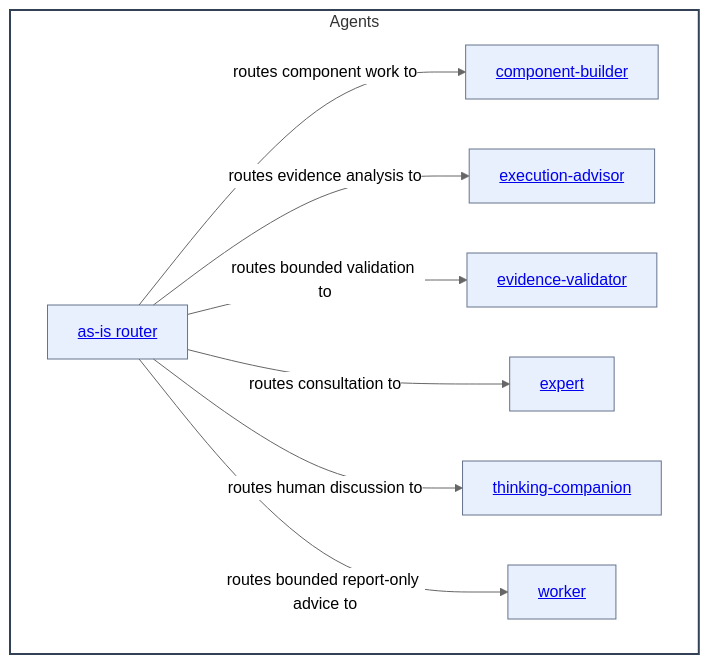
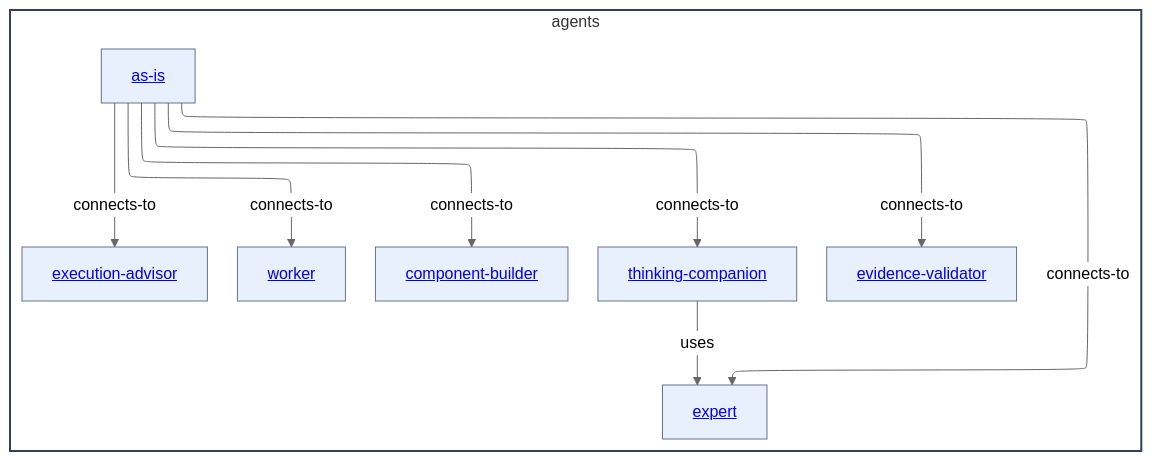
Before and after one commit to abstract-business-systems/as-is: the diagram in agents/as-is.md, drawn with Mermaid (neutral theme). The commit also changed other lines of this file and 72 other files, not shown here.

````diff
--- a/agents/as-is.md
+++ b/agents/as-is.md
@@ -32,25 +27,30 @@
 ```mermaid
+---
+config:
+  layout: elk
+---
 %%{init: {"securityLevel": "loose"}}%%
-flowchart LR
-    subgraph Agents["Agents"]
-        direction LR
-        AsIsRouter["<a href='./as-is/as-is.md#design'>as-is router</a>"]
+flowchart TB
+    subgraph agents["agents"]
+        direction TB
+        AsIs["<a href='./as-is/as-is.md#design'>as-is</a>"]
         ComponentBuilder["<a href='./component-builder/as-is.md#design'>component-builder</a>"]
         ExecutionAdvisor["<a href='./execution-advisor/as-is.md#design'>execution-advisor</a>"]
         EvidenceValidator["<a href='./evidence-validator/as-is.md#design'>evidence-validator</a>"]
         Expert["<a href='./expert/as-is.md#design'>expert</a>"]
         ThinkingCompanion["<a href='./thinking-companion/as-is.md#design'>thinking-companion</a>"]
         Worker["<a href='./worker/as-is.md#design'>worker</a>"]
 
-        AsIsRouter -->|routes component work to| ComponentBuilder
-        AsIsRouter -->|routes evidence analysis to| ExecutionAdvisor
-        AsIsRouter -->|routes bounded validation to| EvidenceValidator
-        AsIsRouter -->|routes consultation to| Expert
-        AsIsRouter -->|routes human discussion to| ThinkingCompanion
-        AsIsRouter -->|routes bounded report-only advice to| Worker
+        AsIs -->|connects-to| ComponentBuilder
+        AsIs -->|connects-to| ExecutionAdvisor
+        AsIs -->|connects-to| EvidenceValidator
+        AsIs -->|connects-to| Expert
+        AsIs -->|connects-to| ThinkingCompanion
+        AsIs -->|connects-to| Worker
+        ThinkingCompanion -->|uses| Expert
     end
     classDef component fill:#f8fafc,fill-opacity:0.1,stroke:#334155,stroke-width:2px
     classDef child fill:#2563eb,fill-opacity:0.1,stroke:#64748b,stroke-width:1px
-    class Agents component
-    class AsIsRouter,ComponentBuilder,ExecutionAdvisor,EvidenceValidator,Expert,ThinkingCompanion,Worker child
+    class agents component
+    class AsIs,ComponentBuilder,ExecutionAdvisor,EvidenceValidator,Expert,ThinkingCompanion,Worker child
 ```
````
